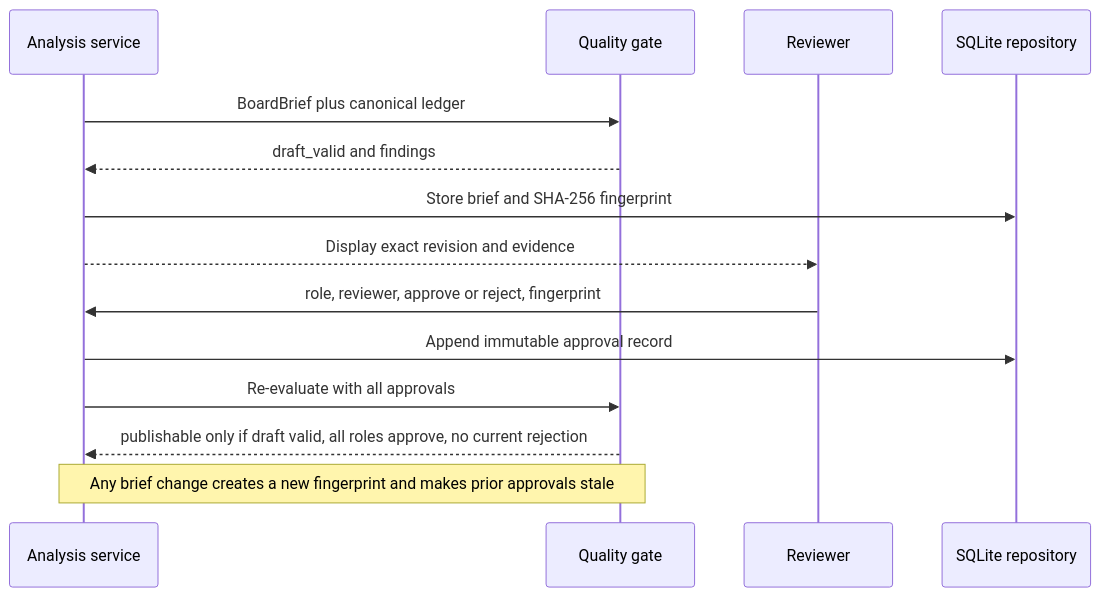
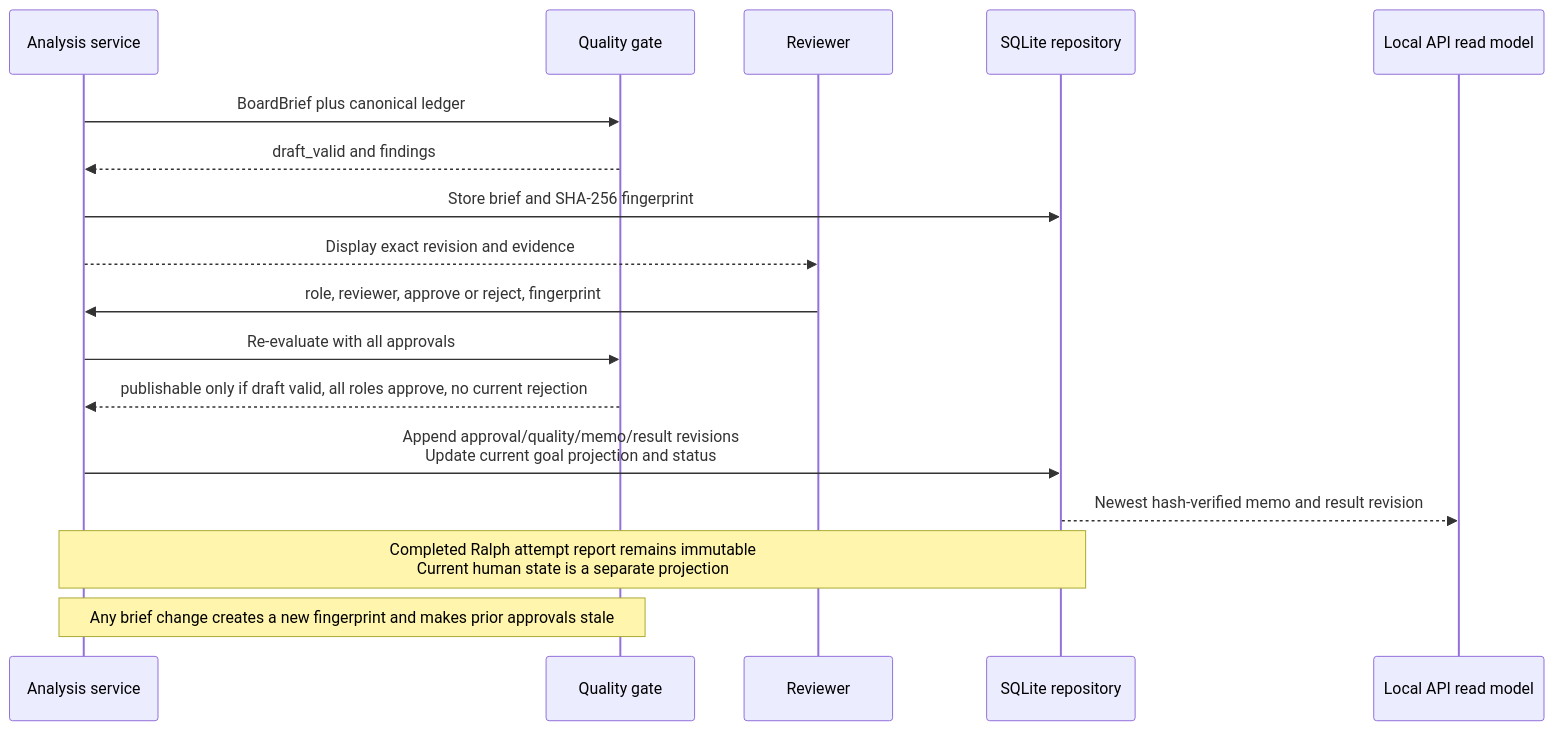
The fifth of 6 diagrams in docs/technical/dfd.md (sw30labs/PorterForcesAI), drawn with Mermaid before and after one commit. The commit also changed other lines of this file and 12 other files, not shown here.

````diff
--- a/docs/technical/dfd.md
+++ b/docs/technical/dfd.md
@@ -205,17 +205,20 @@
 ```mermaid
 sequenceDiagram
     participant S as Analysis service
     participant Q as Quality gate
     participant R as Reviewer
     participant DB as SQLite repository
+    participant API as Local API read model
 
     S->>Q: BoardBrief plus canonical ledger
     Q-->>S: draft_valid and findings
     S->>DB: Store brief and SHA-256 fingerprint
     S-->>R: Display exact revision and evidence
     R->>S: role, reviewer, approve or reject, fingerprint
-    S->>DB: Append immutable approval record
     S->>Q: Re-evaluate with all approvals
     Q-->>S: publishable only if draft valid, all roles approve, no current rejection
+    S->>DB: Append approval/quality/memo/result revisions<br/>Update current goal projection and status
+    DB-->>API: Newest hash-verified memo and result revision
+    Note over S,DB: Completed Ralph attempt report remains immutable<br/>Current human state is a separate projection
     Note over S,Q: Any brief change creates a new fingerprint and makes prior approvals stale
 ```
````
